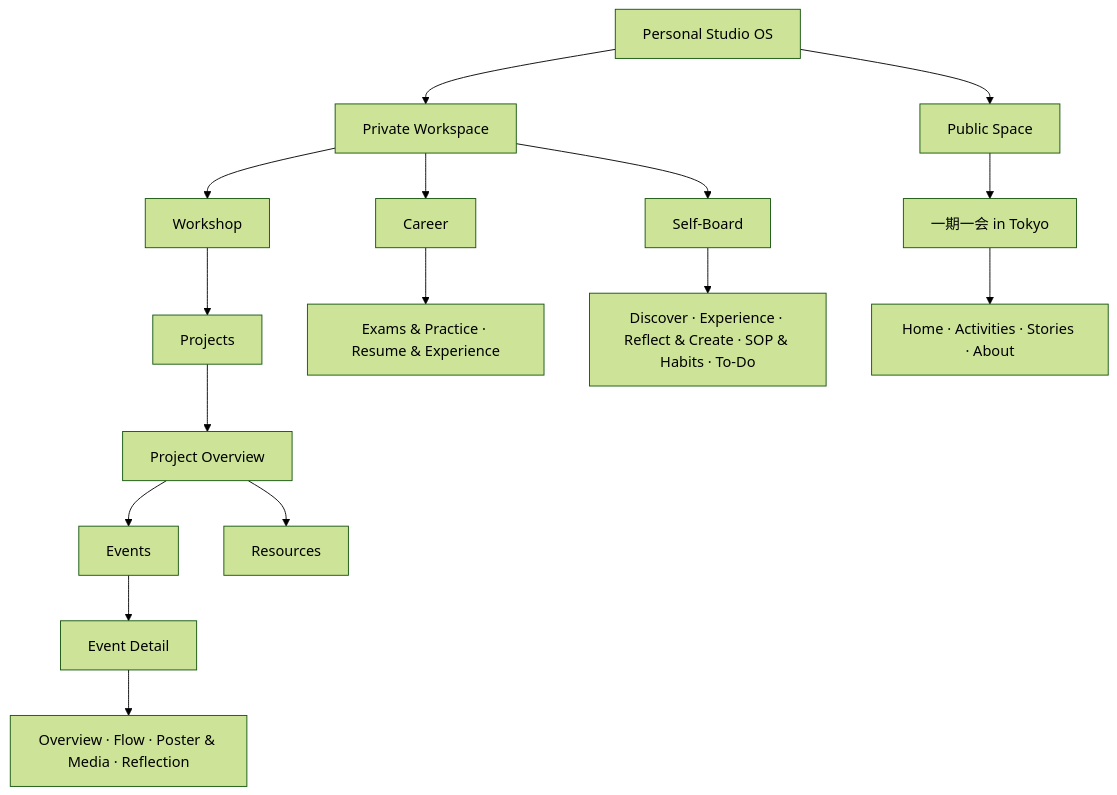
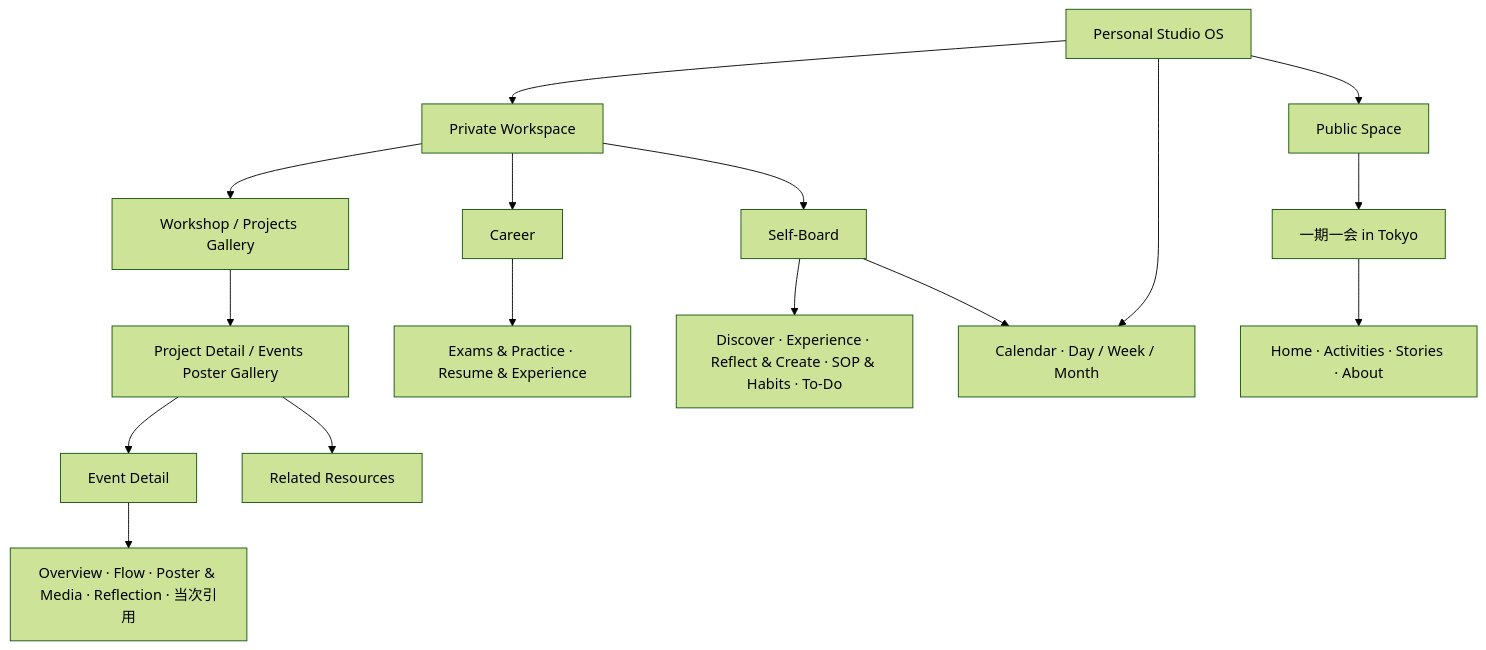
One commit to Emily95Yi/personal-studio-os changed the diagram in docs/architecture.md. Above: the diagram before and after it, drawn with Mermaid (forest theme). The commit also changed other lines of this file and 8 other files, not shown here.

Commit message:
Build Workshop galleries and a shared Self-Board planner

````diff
--- a/docs/architecture.md
+++ b/docs/architecture.md
@@ -5,12 +5,14 @@
 ```mermaid
 flowchart TB
   Home["Personal Studio OS"] --> Private["Private Workspace"]
   Home --> Public["Public Space"]
-  Private --> Workshop["Workshop"] --> Projects["Projects"] --> Project["Project Overview"]
-  Project --> Events["Events"] --> Event["Event Detail"]
-  Project --> Resources["Resources"]
-  Event --> Sections["Overview · Flow · Poster & Media · Reflection"]
+  Private --> Workshop["Workshop / Projects Gallery"] --> Project["Project Detail / Events Poster Gallery"]
+  Project --> Event["Event Detail"]
+  Project --> Resources["Related Resources"]
+  Event --> Sections["Overview · Flow · Poster & Media · Reflection · 当次引用"]
   Private --> Career["Career"] --> C["Exams & Practice · Resume & Experience"]
   Private --> Self["Self-Board"] --> S["Discover · Experience · Reflect & Create · SOP & Habits · To-Do"]
+  Home --> Calendar["Calendar · Day / Week / Month"]
+  Self --> Calendar
   Public --> Tokyo["一期一会 in Tokyo"] --> T["Home · Activities · Stories · About"]
 ```
````
